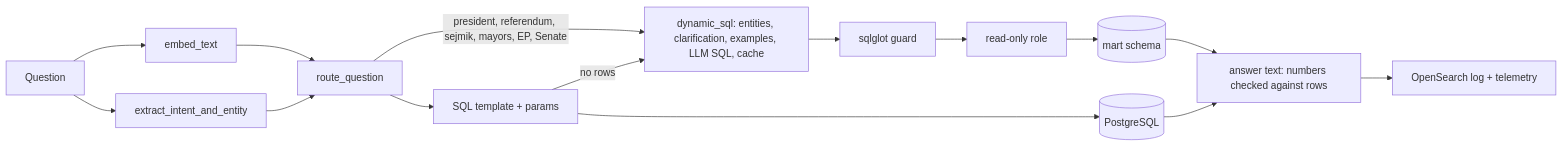
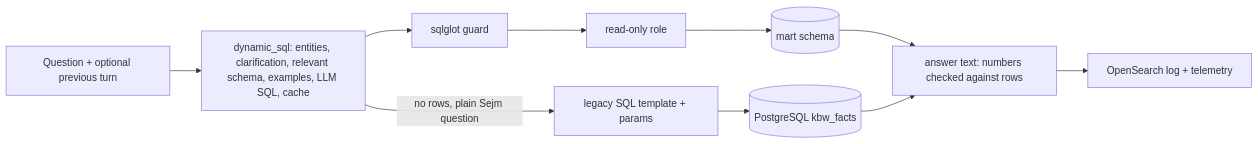
The diagram in docs/ARCHITECTURE.md (wronski-tech/plujka), drawn with Mermaid before and after one commit. The commit also changed other lines of this file and 38 other files, not shown here.

First line of the commit message:
Load councils and older elections; answer every question with mart SQL first

````diff
--- a/docs/ARCHITECTURE.md
+++ b/docs/ARCHITECTURE.md
@@ -7,15 +7,10 @@
 ```mermaid
 flowchart LR
-  Q[Question] --> E[embed_text]
-  Q --> L[extract_intent_and_entity]
-  E --> R[route_question]
-  L --> R
-  R -->|president, referendum, sejmik, mayors, EP, Senate| D
-  R --> T[SQL template + params]
-  T --> DB[(PostgreSQL)]
-  T -->|no rows| D[dynamic_sql: entities, clarification, examples, LLM SQL, cache]
+  Q[Question + optional previous turn] --> D[dynamic_sql: entities, clarification, relevant schema, examples, LLM SQL, cache]
   D --> G[sqlglot guard] --> RO[read-only role] --> M[(mart schema)]
+  D -->|no rows, plain Sejm question| T[legacy SQL template + params]
+  T --> DB[(PostgreSQL kbw_facts)]
   M --> A[answer text: numbers checked against rows]
   DB --> A
   A --> OS[OpenSearch log + telemetry]
 ```
````
